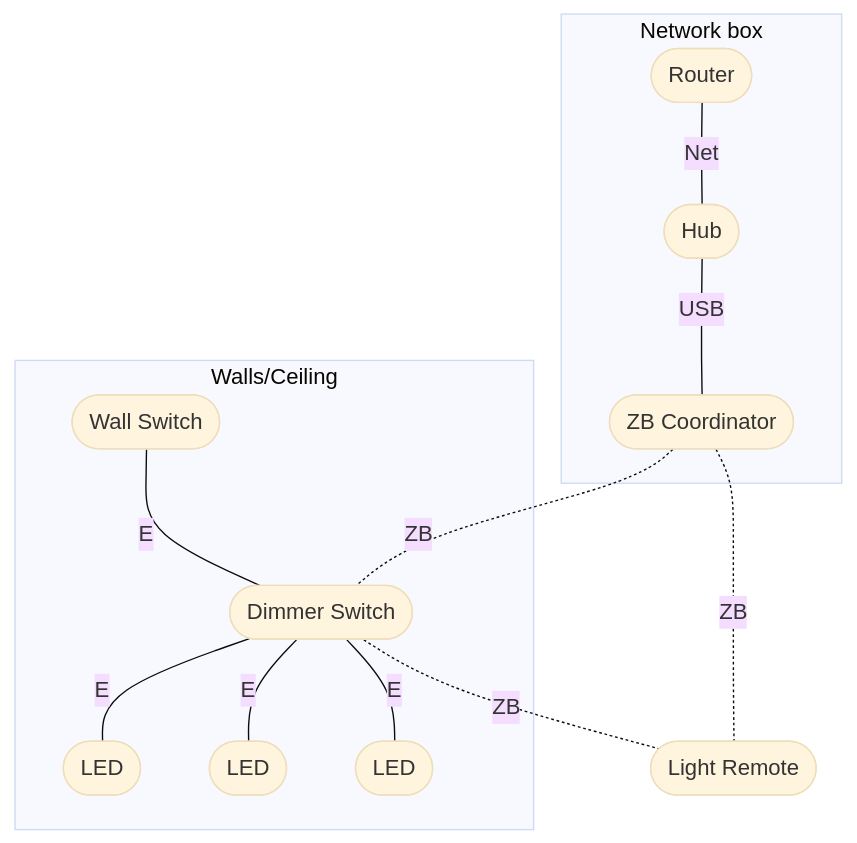
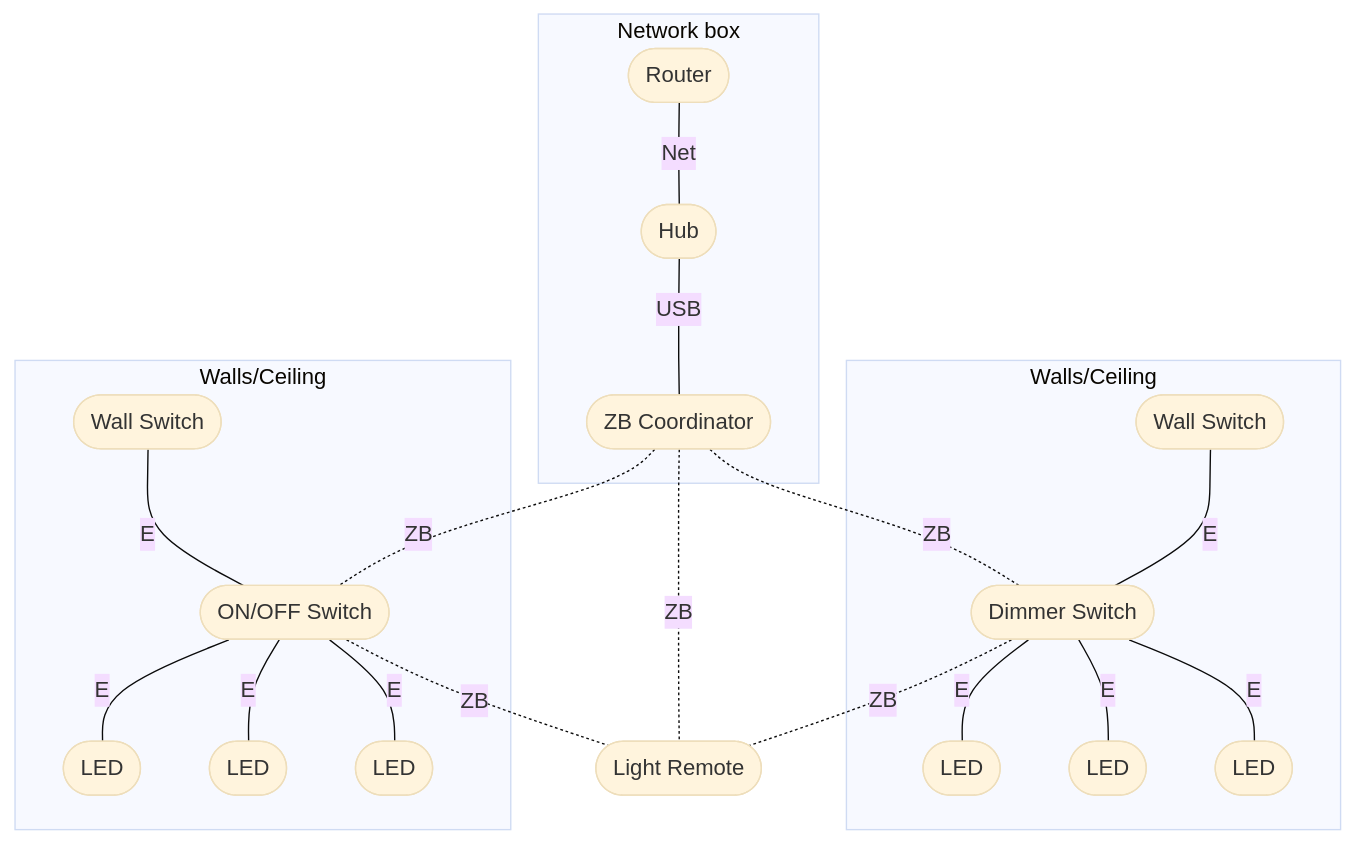
One commit to freenandes/topo-da-mente changed the diagram in content/note/connected-home-switches.md. Above: the diagram before and after it, drawn with Mermaid (base theme).

Commit message:
Dec 20, 2023, 9:19 PM

````diff
--- a/content/note/connected-home-switches.md
+++ b/content/note/connected-home-switches.md
@@ -73,17 +73,26 @@
 ```mermaid
 flowchart TB
 subgraph nwb[Network box]
     iro([Router]) --Net---
     hub([Hub]) --USB---
     coo([ZB Coordinator])
 end
 coo -.ZB.- rem([Light Remote])
 subgraph con[Walls/Ceiling]
     dsw([Dimmer Switch]) --E--- ll1([LED])
     dsw --E--- ll2([LED])
     dsw --E--- ll3([LED])
     wls([Wall Switch]) --E--- dsw
 end
 coo -.ZB.- dsw
 dsw -.ZB.- rem
+subgraph reg[Walls/Ceiling]
+    oos([ON/OFF Switch]) --E--- ll4([LED])
+    oos --E--- ll5([LED])
+    oos --E--- ll6([LED])
+    rws([Wall Switch])
+end
+coo -.ZB.- oos
+oos -.ZB.- rem
+rws --E--- oos
 ```
````
